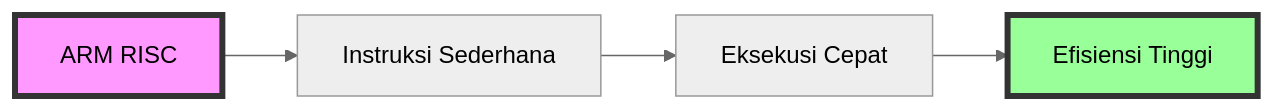
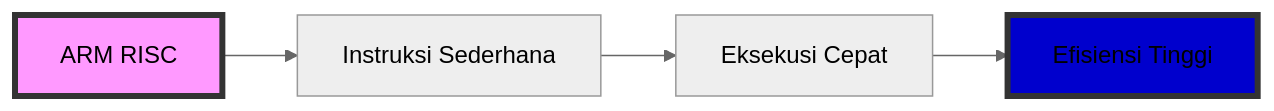
Before and after one commit to Nichoa/presentasi_arm_slide: the first of 2 diagrams in presentasi.md, drawn with Mermaid (neutral theme).

````diff
--- a/presentasi.md
+++ b/presentasi.md
@@ -64,9 +64,9 @@
 ```mermaid
 graph LR
     A[ARM RISC] --> B[Instruksi Sederhana]
     B --> C[Eksekusi Cepat]
     C --> D[Efisiensi Tinggi]
     
     style A fill:#f9f,stroke:#333,stroke-width:4px
-    style D fill:#9f9,stroke:#333,stroke-width:4px
+    style D fill:#0000CD,stroke:#333,stroke-width:4px
 ```
````
